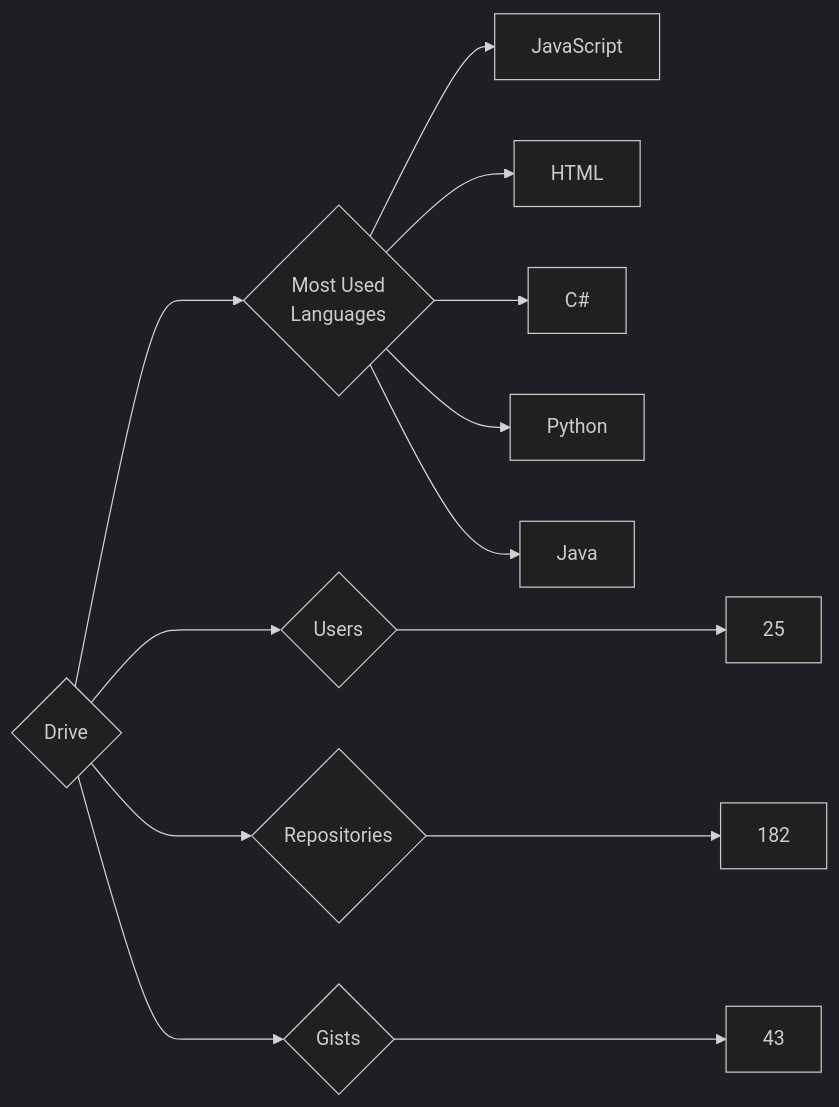
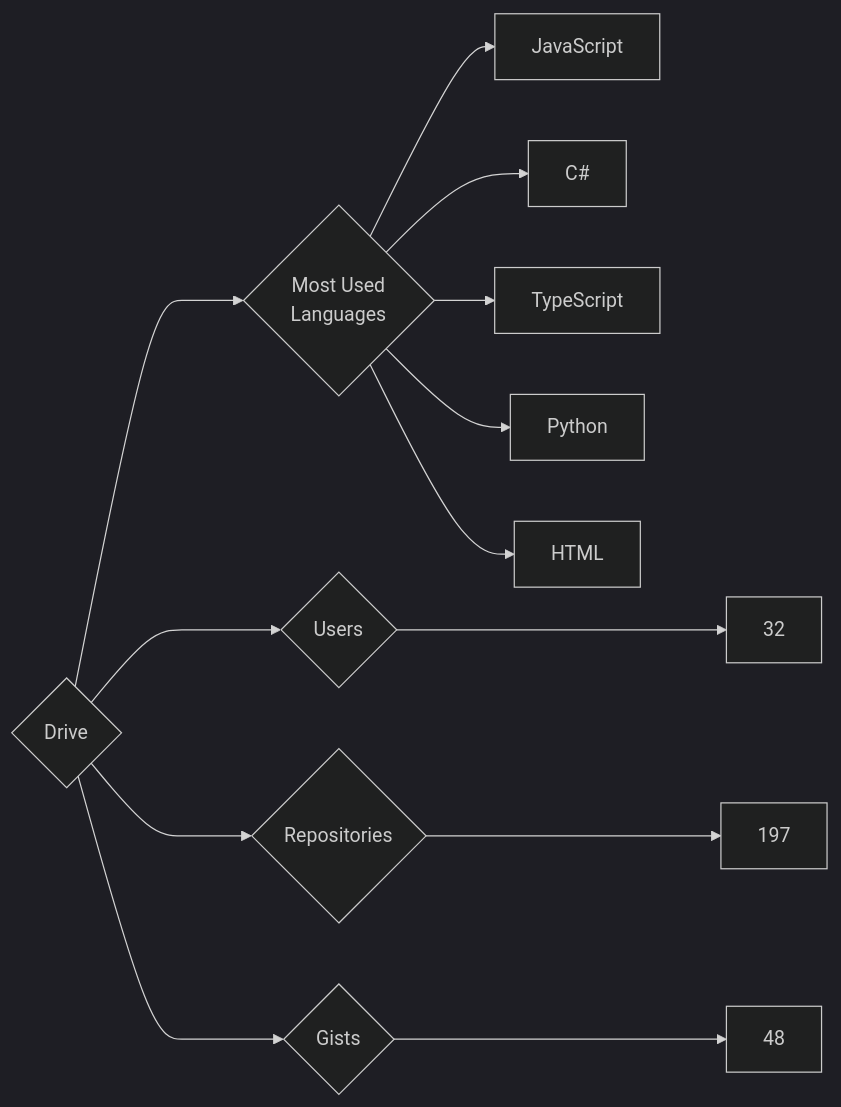
Before and after one commit to trickest/insiders: the diagram in targets/Drive/README.md, drawn with Mermaid (dark theme). The commit also changed 894 other files, not shown here.

````diff
--- a/targets/Drive/README.md
+++ b/targets/Drive/README.md
@@ -3,13 +3,13 @@
 ```mermaid
 graph LR
 COMPANY_NAME{Drive}
-COMPANY_NAME ---> U{Users} ---> UN[25]
-COMPANY_NAME ---> R{Repositories} ---> RN[182]
-COMPANY_NAME ---> G{Gists} ---> GN[43]
+COMPANY_NAME ---> U{Users} ---> UN[32]
+COMPANY_NAME ---> R{Repositories} ---> RN[197]
+COMPANY_NAME ---> G{Gists} ---> GN[48]
 COMPANY_NAME ---> ML{Most Used<br>Languages}
 ML --> JavaScript[JavaScript]
+ML --> C#[C#]
+ML --> TypeScript[TypeScript]
+ML --> Python[Python]
 ML --> HTML[HTML]
-ML --> C#[C#]
-ML --> Python[Python]
-ML --> Java[Java]
 ```
````
